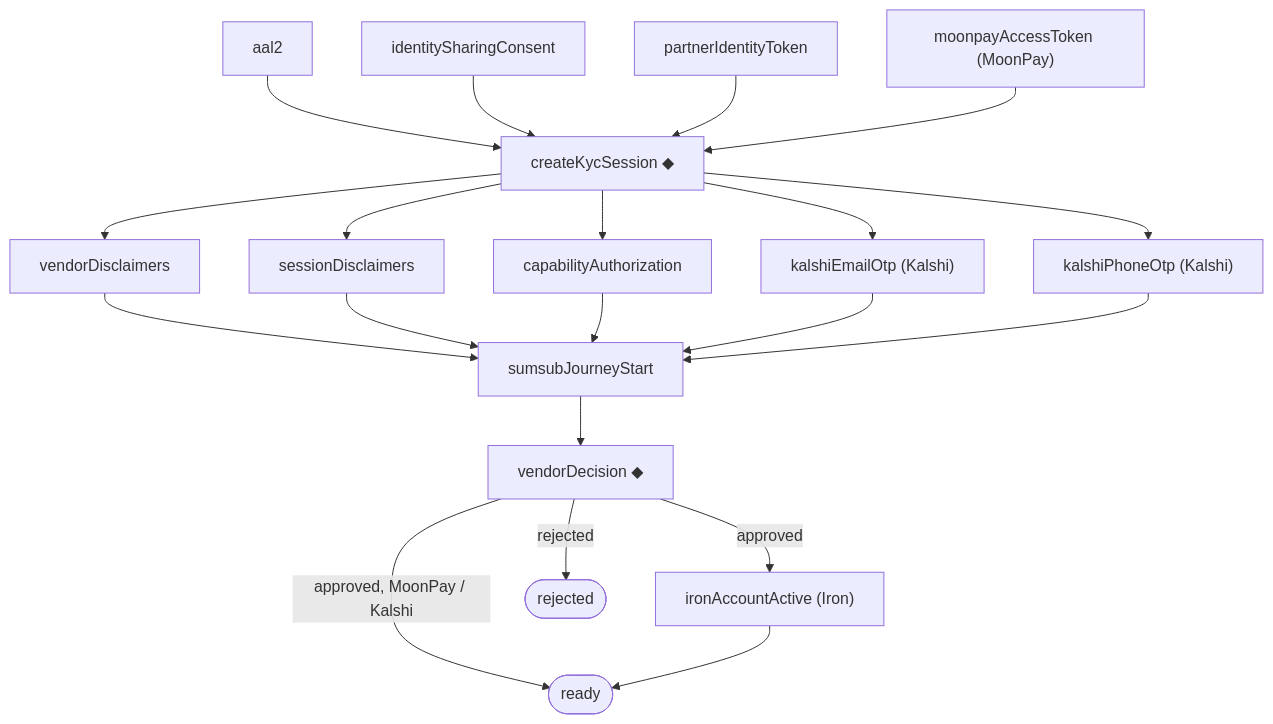
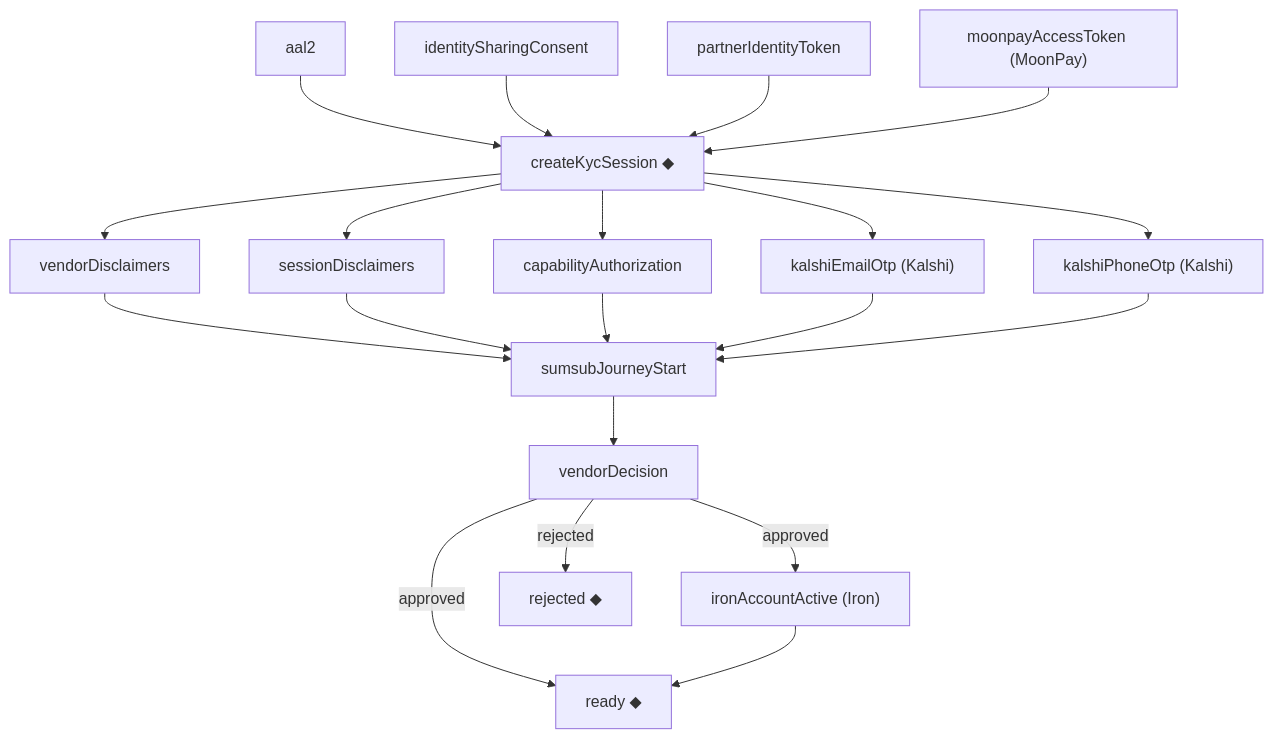
The first of 3 diagrams in packages/kyc-controller/docs/vendor-flow-architecture.md (MetaMask/controllers), drawn with Mermaid before and after one commit. The commit also changed other lines of this file, not shown here.

````diff
--- a/packages/kyc-controller/docs/vendor-flow-architecture.md
+++ b/packages/kyc-controller/docs/vendor-flow-architecture.md
@@ -122,22 +120,22 @@
 ```mermaid
 flowchart TD
   aal2 --> create["createKycSession ◆"]
   consent[identitySharingConsent] --> create
   pit[partnerIdentityToken] --> create
   mp["moonpayAccessToken (MoonPay)"] --> create
   create --> vd[vendorDisclaimers]
   create --> sd[sessionDisclaimers]
   create --> cap[capabilityAuthorization]
   create --> keo["kalshiEmailOtp (Kalshi)"]
   create --> kpo["kalshiPhoneOtp (Kalshi)"]
   vd --> sumsub[sumsubJourneyStart]
   sd --> sumsub
   cap --> sumsub
   keo --> sumsub
   kpo --> sumsub
-  sumsub --> decision["vendorDecision ◆"]
+  sumsub --> decision[vendorDecision]
   decision -->|approved| iron["ironAccountActive (Iron)"]
-  decision -->|approved, MoonPay / Kalshi| ready(["ready"])
+  decision -->|approved| ready["ready ◆"]
   iron --> ready
-  decision -->|rejected| rejected(["rejected"])
+  decision -->|rejected| rejected["rejected ◆"]
 ```
````
